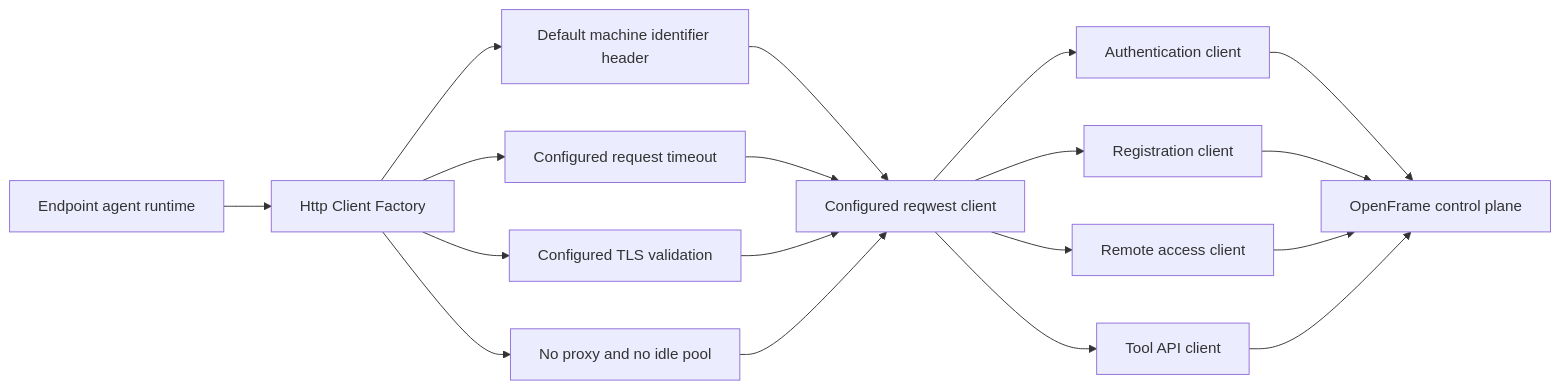
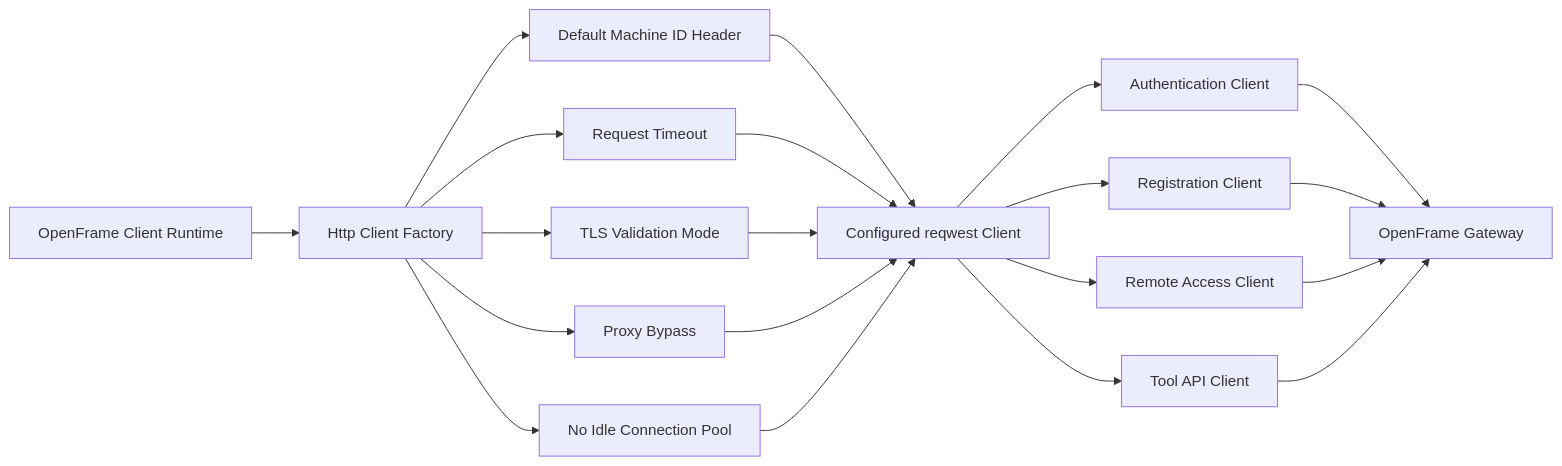
One commit to flamingo-stack/openframe-oss-tenant changed the first of 3 diagrams in docs/reference/architecture/openframe-client-core/http-client-factory/http-client-factory.md. Above: the diagram before and after it, drawn with Mermaid. The commit also changed other lines of this file and 2377 other files, not shown here.

````diff
--- a/docs/reference/architecture/openframe-client-core/http-client-factory/http-client-factory.md
+++ b/docs/reference/architecture/openframe-client-core/http-client-factory/http-client-factory.md
@@ -33,20 +30,22 @@
 ```mermaid
 flowchart LR
-    AgentRuntime["Endpoint agent runtime"] --> Factory["Http Client Factory"]
-    Factory --> Header["Default machine identifier header"]
-    Factory --> Timeout["Configured request timeout"]
-    Factory --> Tls["Configured TLS validation"]
-    Factory --> Network["No proxy and no idle pool"]
-    Header --> Client["Configured reqwest client"]
-    Timeout --> Client
-    Tls --> Client
-    Network --> Client
-    Client --> Auth["Authentication client"]
-    Client --> Registration["Registration client"]
-    Client --> RemoteAccess["Remote access client"]
-    Client --> ToolApi["Tool API client"]
-    Auth --> ControlPlane["OpenFrame control plane"]
-    Registration --> ControlPlane
-    RemoteAccess --> ControlPlane
-    ToolApi --> ControlPlane
+    AgentRuntime["OpenFrame Client Runtime"] --> Factory["Http Client Factory"]
+    Factory --> HeaderMap["Default Machine ID Header"]
+    Factory --> Timeout["Request Timeout"]
+    Factory --> Tls["TLS Validation Mode"]
+    Factory --> Proxy["Proxy Bypass"]
+    Factory --> Pool["No Idle Connection Pool"]
+    HeaderMap --> HttpClient["Configured reqwest Client"]
+    Timeout --> HttpClient
+    Tls --> HttpClient
+    Proxy --> HttpClient
+    Pool --> HttpClient
+    HttpClient --> AuthClient["Authentication Client"]
+    HttpClient --> RegistrationClient["Registration Client"]
+    HttpClient --> RemoteAccessClient["Remote Access Client"]
+    HttpClient --> ToolClient["Tool API Client"]
+    AuthClient --> Gateway["OpenFrame Gateway"]
+    RegistrationClient --> Gateway
+    RemoteAccessClient --> Gateway
+    ToolClient --> Gateway
 ```
````
